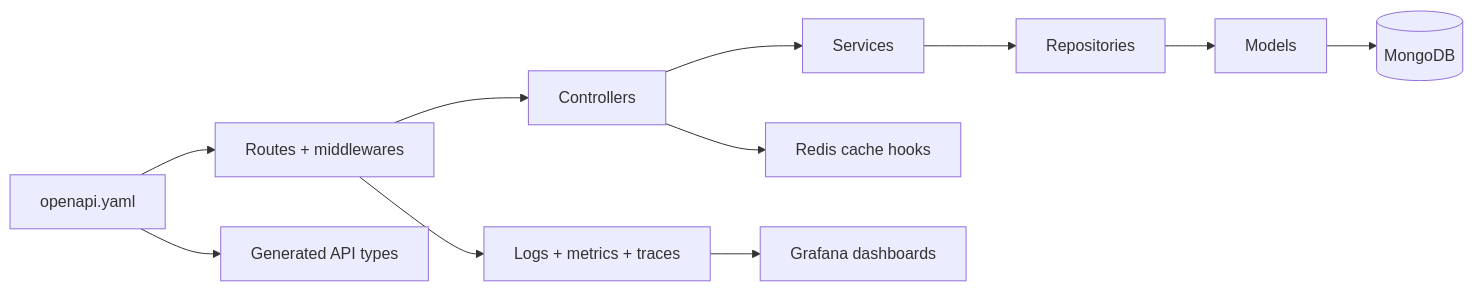
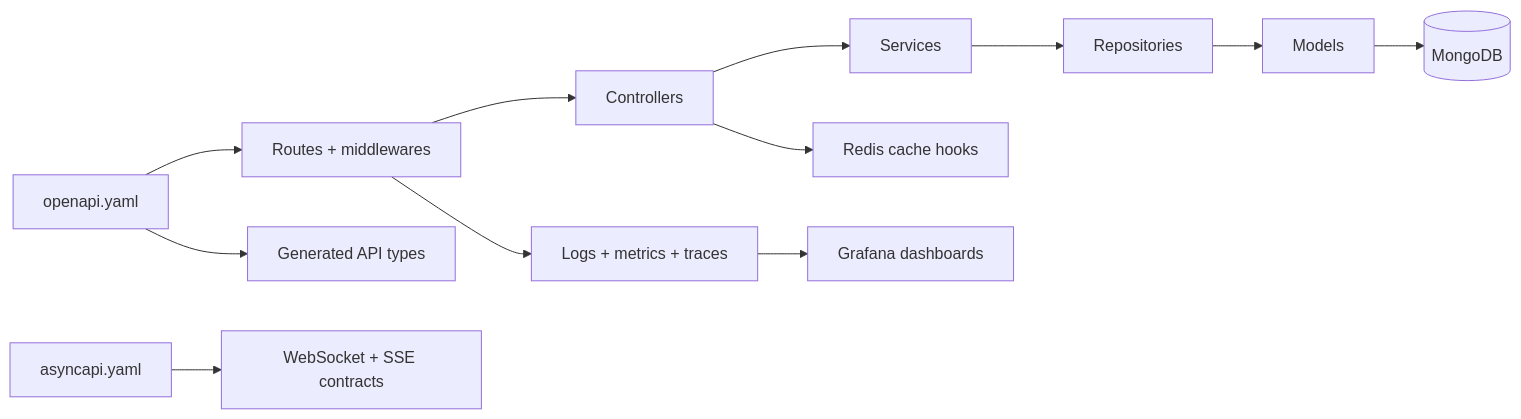
One commit to Guebbit/boilerplate-node-backend changed the second of 2 diagrams in docs/index.md. Above: the diagram before and after it, drawn with Mermaid. The commit also changed other lines of this file and 7 other files, not shown here.

Commit message:
Add AsyncAPI contract and docs

````diff
--- a/docs/index.md
+++ b/docs/index.md
@@ -77,14 +77,15 @@
 ```mermaid
 flowchart LR
-    Spec[openapi.yaml] --> Routes[Routes + middlewares]
+    OpenSpec[openapi.yaml] --> Routes[Routes + middlewares]
+    AsyncSpec[asyncapi.yaml] --> Realtime[WebSocket + SSE contracts]
     Routes --> Controllers[Controllers]
     Controllers --> Services[Services]
     Services --> Repositories[Repositories]
     Repositories --> Models[Models]
     Models --> Mongo[(MongoDB)]
 
     Routes --> Obs[Logs + metrics + traces]
     Controllers --> Cache[Redis cache hooks]
     Obs --> Grafana[Grafana dashboards]
-    Spec --> Types[Generated API types]
+    OpenSpec --> Types[Generated API types]
 ```
````
